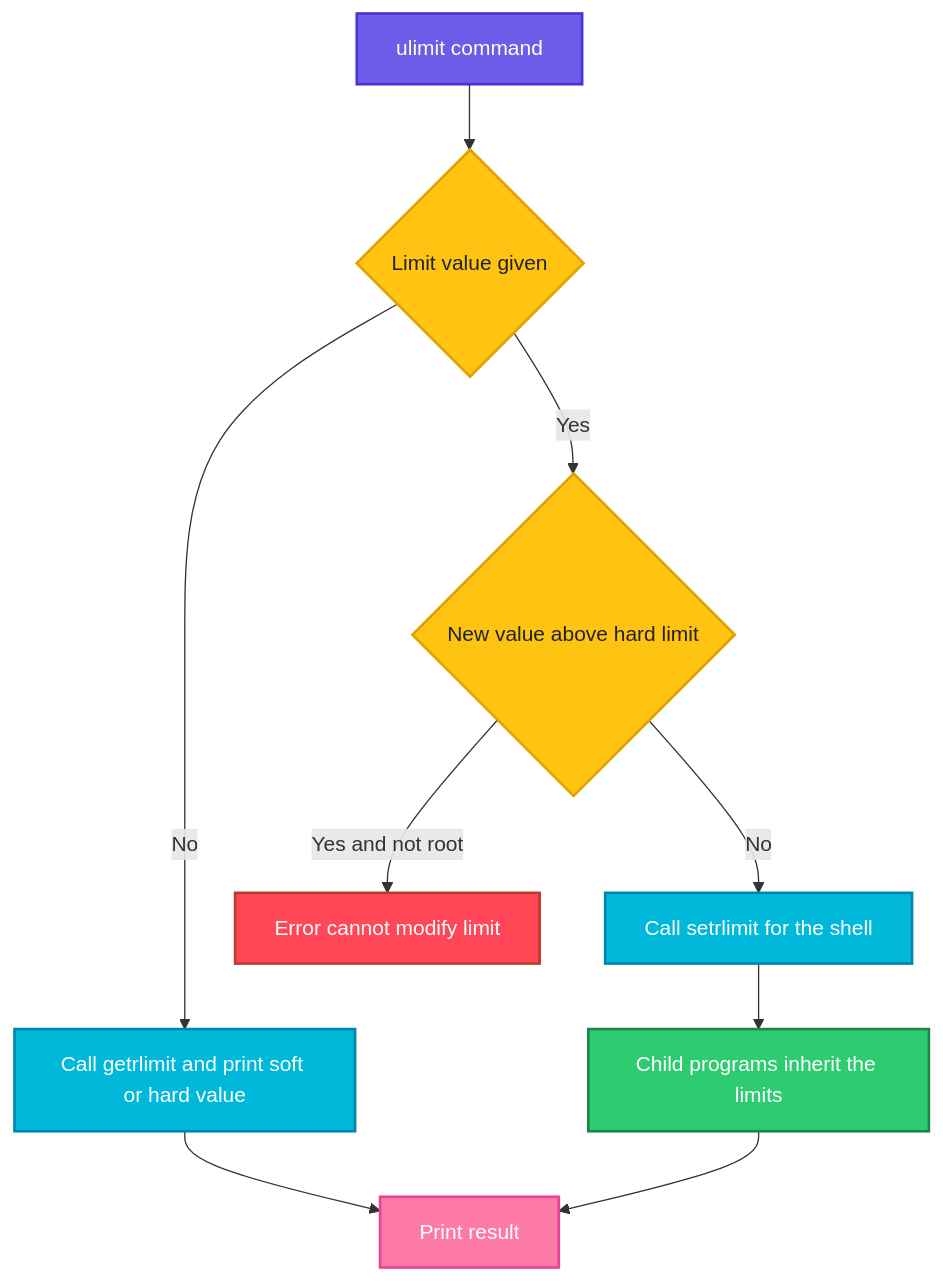
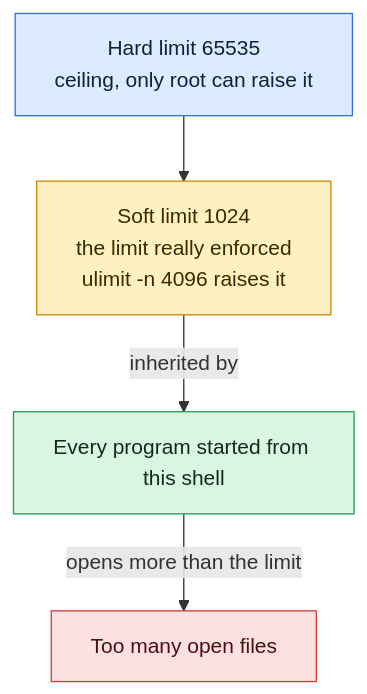
Before and after one commit to codeKerdosTech/DevOps-Documentation: the diagram in linux/process-management/ulimit.md, drawn with Mermaid. The commit also changed other lines of this file and 165 other files, not shown here.

Commit message:
updated diagrams in linux

````diff
--- a/linux/process-management/ulimit.md
+++ b/linux/process-management/ulimit.md
@@ -18,24 +18,15 @@
 ```mermaid
 flowchart TD
-    A[ulimit command] --> B{Limit value given}
-    B -->|No| C[Call getrlimit and print soft or hard value]
-    B -->|Yes| D{New value above hard limit}
-    D -->|Yes and not root| E[Error cannot modify limit]
-    D -->|No| F[Call setrlimit for the shell]
-    F --> G[Child programs inherit the limits]
-    C --> H[Print result]
-    G --> H
-    classDef start fill:#6C5CE7,stroke:#4834D4,stroke-width:2px,color:#fff
-    classDef proc fill:#00B8D9,stroke:#0087A8,stroke-width:2px,color:#fff
-    classDef dec fill:#FFC312,stroke:#E1A100,stroke-width:2px,color:#222
-    classDef ok fill:#2ECC71,stroke:#1E8449,stroke-width:2px,color:#fff
-    classDef err fill:#FF4757,stroke:#C0392B,stroke-width:2px,color:#fff
-    classDef out fill:#FD79A8,stroke:#E84393,stroke-width:2px,color:#fff
-    classDef alt fill:#FF9F43,stroke:#E67E22,stroke-width:2px,color:#fff
-    class A start
-    class C,F proc
-    class B,D dec
-    class G ok
-    class E err
-    class H out
+    i1[Hard limit 65535<br/>ceiling, only root can raise it] --> c1[Soft limit 1024<br/>the limit really enforced<br/>ulimit -n 4096 raises it]
+    c1 -->|inherited by| o1[Every program started from this shell]
+    o1 -->|opens more than the limit| x1[Too many open files]
+    classDef inp fill:#DCEBFF,stroke:#2F6FDE,color:#10213F
+    classDef cmd fill:#FFF0C2,stroke:#C98A00,color:#3A2A00
+    classDef out fill:#D9F5E3,stroke:#1F9D55,color:#0B2E1A
+    classDef bad fill:#FDE0E0,stroke:#D13B3B,color:#4A0F0F
+    classDef note fill:#ECEFF3,stroke:#7B8794,color:#1F2933
+    class i1 inp
+    class c1 cmd
+    class o1 out
+    class x1 bad
 ```
````
